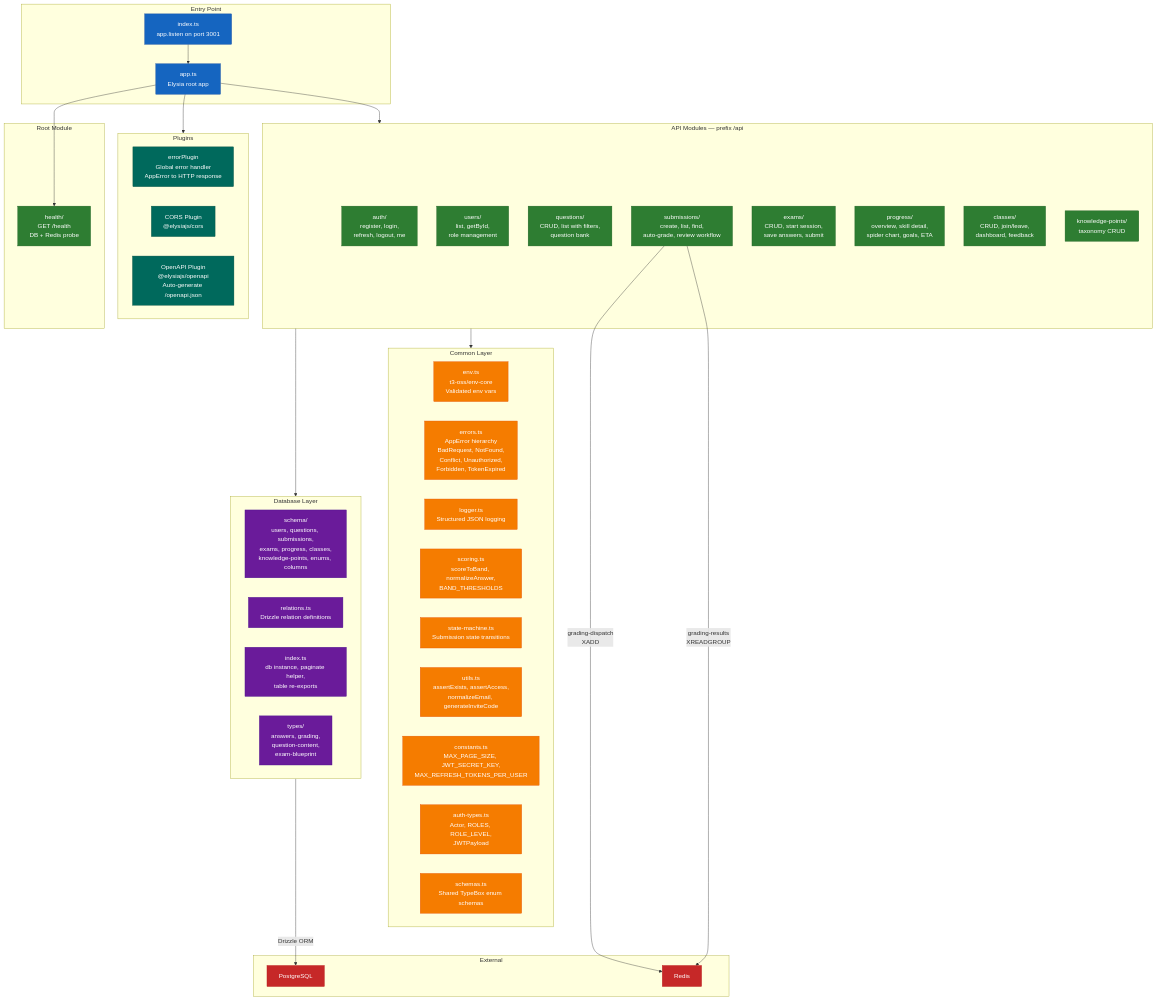
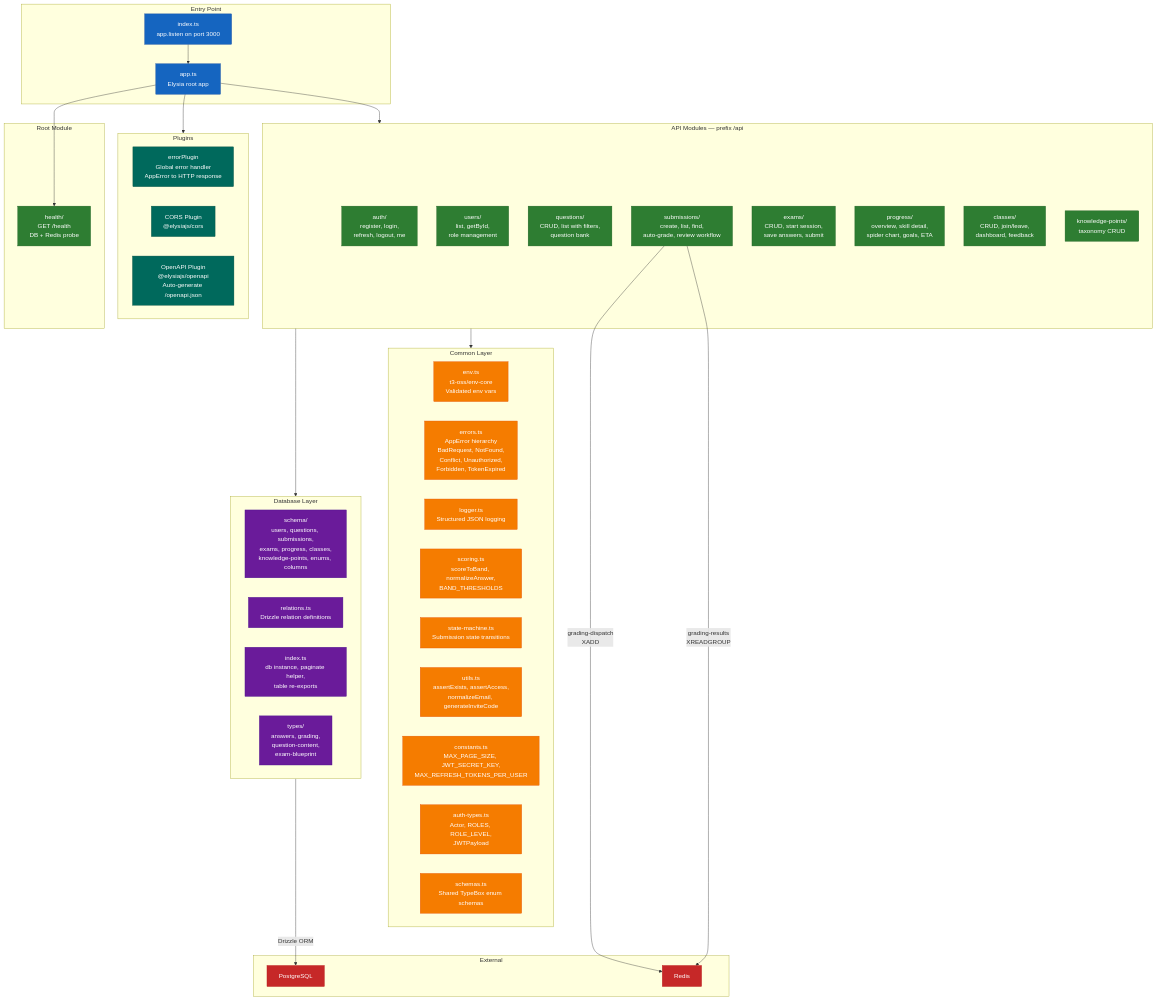
One commit to nghyane/VSTEP changed the third of 16 diagrams in docs/capstone/reports/ENG/report4-software-design-document.md. Above: the diagram before and after it, drawn with Mermaid. The commit also changed other lines of this file and 1 other file, not shown here.

Commit message:
docs: align report 4 with current architecture

````diff
--- a/docs/capstone/reports/ENG/report4-software-design-document.md
+++ b/docs/capstone/reports/ENG/report4-software-design-document.md
@@ -197,77 +197,77 @@
 ```mermaid
 flowchart TB
     subgraph EntryPoint ["Entry Point"]
         AppTS["app.ts<br/>Elysia root app"]
-        IndexTS["index.ts<br/>app.listen on port 3001"]
+        IndexTS["index.ts<br/>app.listen on port 3000"]
     end
 
     subgraph Plugins ["Plugins"]
         ErrorPlugin["errorPlugin<br/>Global error handler<br/>AppError to HTTP response"]
         CorsPlugin["CORS Plugin<br/>@elysiajs/cors"]
         OpenAPIPlugin["OpenAPI Plugin<br/>@elysiajs/openapi<br/>Auto-generate /openapi.json"]
     end
 
     subgraph APIModules ["API Modules — prefix /api"]
         Auth["auth/<br/>register, login,<br/>refresh, logout, me"]
         Users["users/<br/>list, getById,<br/>role management"]
         Questions["questions/<br/>CRUD, list with filters,<br/>question bank"]
         Submissions["submissions/<br/>create, list, find,<br/>auto-grade, review workflow"]
         Exams["exams/<br/>CRUD, start session,<br/>save answers, submit"]
         Progress["progress/<br/>overview, skill detail,<br/>spider chart, goals, ETA"]
         Classes["classes/<br/>CRUD, join/leave,<br/>dashboard, feedback"]
         KnowledgePoints["knowledge-points/<br/>taxonomy CRUD"]
     end
 
     subgraph HealthModule ["Root Module"]
         Health["health/<br/>GET /health<br/>DB + Redis probe"]
     end
 
     subgraph Common ["Common Layer"]
         Env["env.ts<br/>t3-oss/env-core<br/>Validated env vars"]
         Errors["errors.ts<br/>AppError hierarchy<br/>BadRequest, NotFound,<br/>Conflict, Unauthorized,<br/>Forbidden, TokenExpired"]
         Logger["logger.ts<br/>Structured JSON logging"]
         Scoring["scoring.ts<br/>scoreToBand, normalizeAnswer,<br/>BAND_THRESHOLDS"]
         StateMachine["state-machine.ts<br/>Submission state transitions"]
         Utils["utils.ts<br/>assertExists, assertAccess,<br/>normalizeEmail, generateInviteCode"]
         Constants["constants.ts<br/>MAX_PAGE_SIZE, JWT_SECRET_KEY,<br/>MAX_REFRESH_TOKENS_PER_USER"]
         AuthTypes["auth-types.ts<br/>Actor, ROLES, ROLE_LEVEL,<br/>JWTPayload"]
         Schemas["schemas.ts<br/>Shared TypeBox enum schemas"]
     end
 
     subgraph DBLayer ["Database Layer"]
         Schema["schema/<br/>users, questions, submissions,<br/>exams, progress, classes,<br/>knowledge-points, enums, columns"]
         Relations["relations.ts<br/>Drizzle relation definitions"]
         DBIndex["index.ts<br/>db instance, paginate helper,<br/>table re-exports"]
         Types["types/<br/>answers, grading,<br/>question-content,<br/>exam-blueprint"]
     end
 
     subgraph External ["External"]
         PG["PostgreSQL"]
         RedisExt["Redis"]
     end
 
     IndexTS --> AppTS
     AppTS --> Plugins
     AppTS --> Health
     AppTS --> APIModules
 
     APIModules --> Common
     APIModules --> DBLayer
     Submissions -->|"grading-dispatch<br/>XADD"| RedisExt
     Submissions -->|"grading-results<br/>XREADGROUP"| RedisExt
     DBLayer -->|"Drizzle ORM"| PG
 
     classDef entry fill:#1565c0,stroke:#0d47a1,color:#fff
     classDef plugin fill:#00695c,stroke:#004d40,color:#fff
     classDef module fill:#2e7d32,stroke:#1b5e20,color:#fff
     classDef common fill:#f57c00,stroke:#e65100,color:#fff
     classDef db fill:#6a1b9a,stroke:#4a148c,color:#fff
     classDef ext fill:#c62828,stroke:#b71c1c,color:#fff
 
     class AppTS,IndexTS entry
     class ErrorPlugin,CorsPlugin,OpenAPIPlugin plugin
     class Auth,Users,Questions,Submissions,Exams,Progress,Classes,KnowledgePoints,Health module
     class Env,Errors,Logger,Scoring,StateMachine,Utils,Constants,AuthTypes,Schemas common
     class Schema,Relations,DBIndex,Types db
     class PG,RedisExt ext
 ```
````
